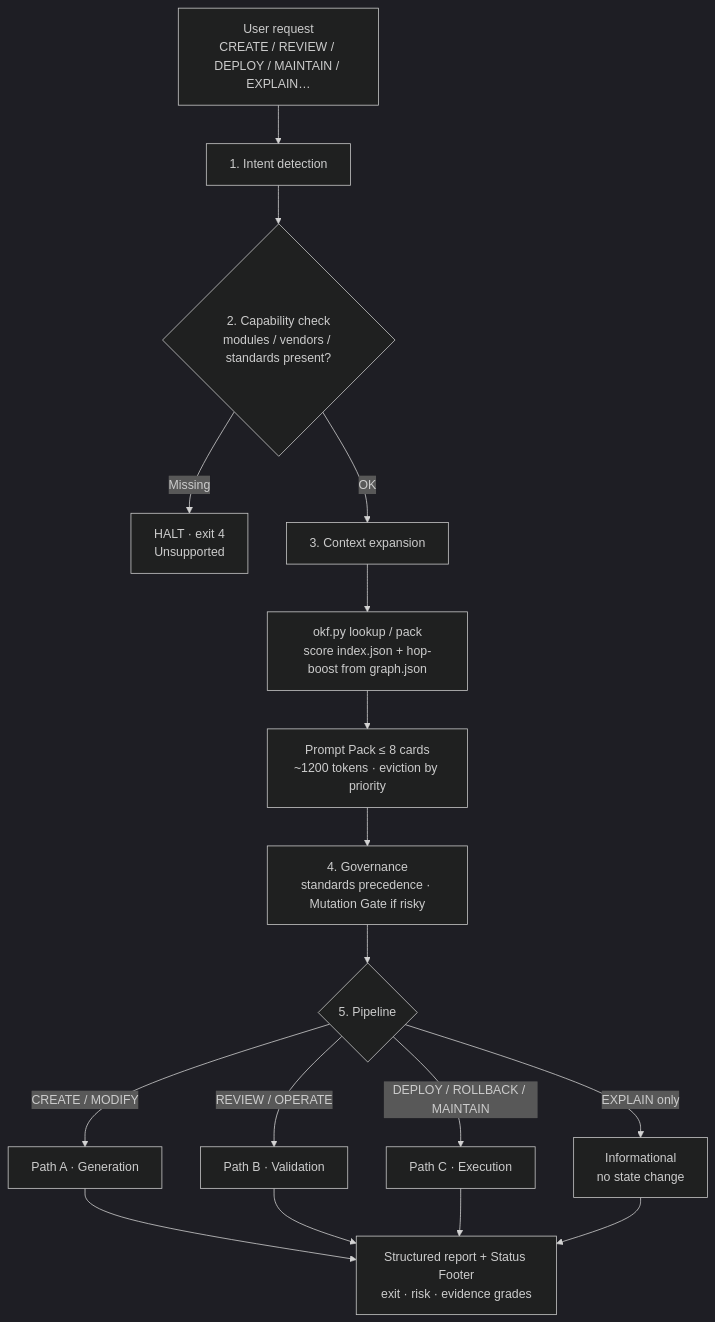
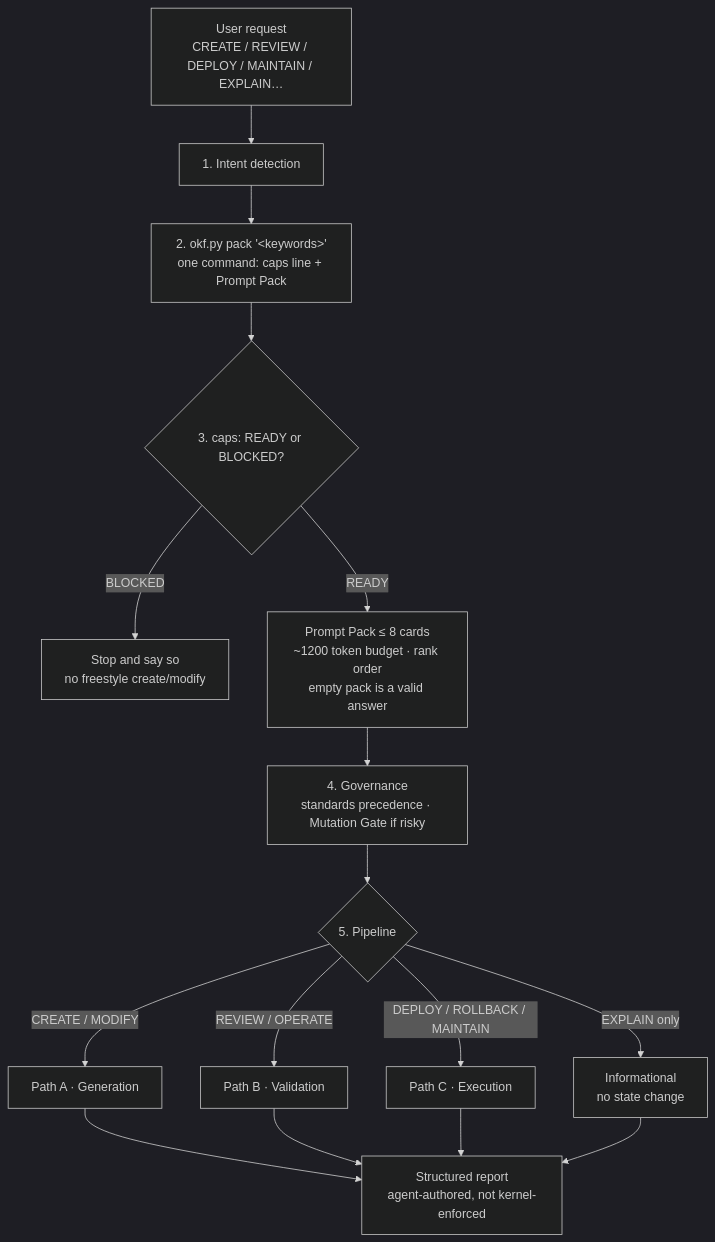
Before and after one commit to ravichandrapatel/aegis-system: the first of 2 diagrams in docs/01-overview.md, drawn with Mermaid (dark theme). The commit also changed other lines of this file and 137 other files, not shown here.

First line of the commit message:
refactor(kernel): ship okf package under kernel/ with naming lint

````diff
--- a/docs/01-overview.md
+++ b/docs/01-overview.md
@@ -47,21 +47,20 @@
 ```mermaid
 flowchart TD
   U["User request<br/>CREATE / REVIEW / DEPLOY / MAINTAIN / EXPLAIN…"] --> I["1. Intent detection"]
-  I --> Cap{"2. Capability check<br/>modules / vendors / standards present?"}
-  Cap -->|Missing| H4["HALT · exit 4<br/>Unsupported"]
-  Cap -->|OK| Ctx["3. Context expansion"]
-  Ctx --> L["okf.py lookup / pack<br/>score index.json + hop-boost from graph.json"]
-  L --> Pack["Prompt Pack ≤ 8 cards<br/>~1200 tokens · eviction by priority"]
+  I --> P["2. okf.py pack '&lt;keywords&gt;'<br/>one command: caps line + Prompt Pack"]
+  P --> Cap{"3. caps: READY or BLOCKED?"}
+  Cap -->|BLOCKED| H["Stop and say so<br/>no freestyle create/modify"]
+  Cap -->|READY| Pack["Prompt Pack ≤ 8 cards<br/>~1200 token budget · rank order<br/>empty pack is a valid answer"]
   Pack --> Gov["4. Governance<br/>standards precedence · Mutation Gate if risky"]
   Gov --> Path{"5. Pipeline"}
 
   Path -->|CREATE / MODIFY| A["Path A · Generation"]
   Path -->|REVIEW / OPERATE| B["Path B · Validation"]
   Path -->|DEPLOY / ROLLBACK / MAINTAIN| C["Path C · Execution"]
   Path -->|EXPLAIN only| Info["Informational<br/>no state change"]
 
-  A --> Out["Structured report + Status Footer<br/>exit · risk · evidence grades"]
+  A --> Out["Structured report<br/>agent-authored, not kernel-enforced"]
   B --> Out
   C --> Out
   Info --> Out
 ```
````
